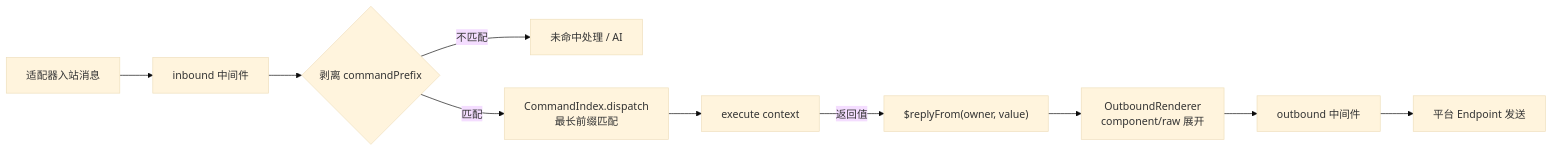
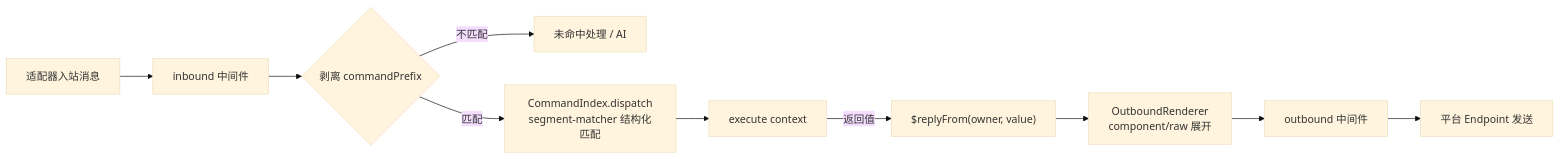
Before and after one commit to zhinjs/zhin: the diagram in docs/authoring/commands.md, drawn with Mermaid (base theme). The commit also changed other lines of this file and 67 other files, not shown here.

````diff
--- a/docs/authoring/commands.md
+++ b/docs/authoring/commands.md
@@ -66,12 +97,12 @@
 ```mermaid
 flowchart LR
     A[适配器入站消息] --> B[inbound 中间件]
     B --> C{剥离 commandPrefix}
     C -->|不匹配| D[未命中处理 / AI]
-    C -->|匹配| E[CommandIndex.dispatch<br/>最长前缀匹配]
+    C -->|匹配| E[CommandIndex.dispatch<br/>segment-matcher 结构化匹配]
     E --> F[execute context]
     F -->|返回值| G["$replyFrom(owner, value)"]
     G --> H[OutboundRenderer<br/>component/raw 展开]
     H --> I[outbound 中间件]
     I --> J[平台 Endpoint 发送]
 ```
````
